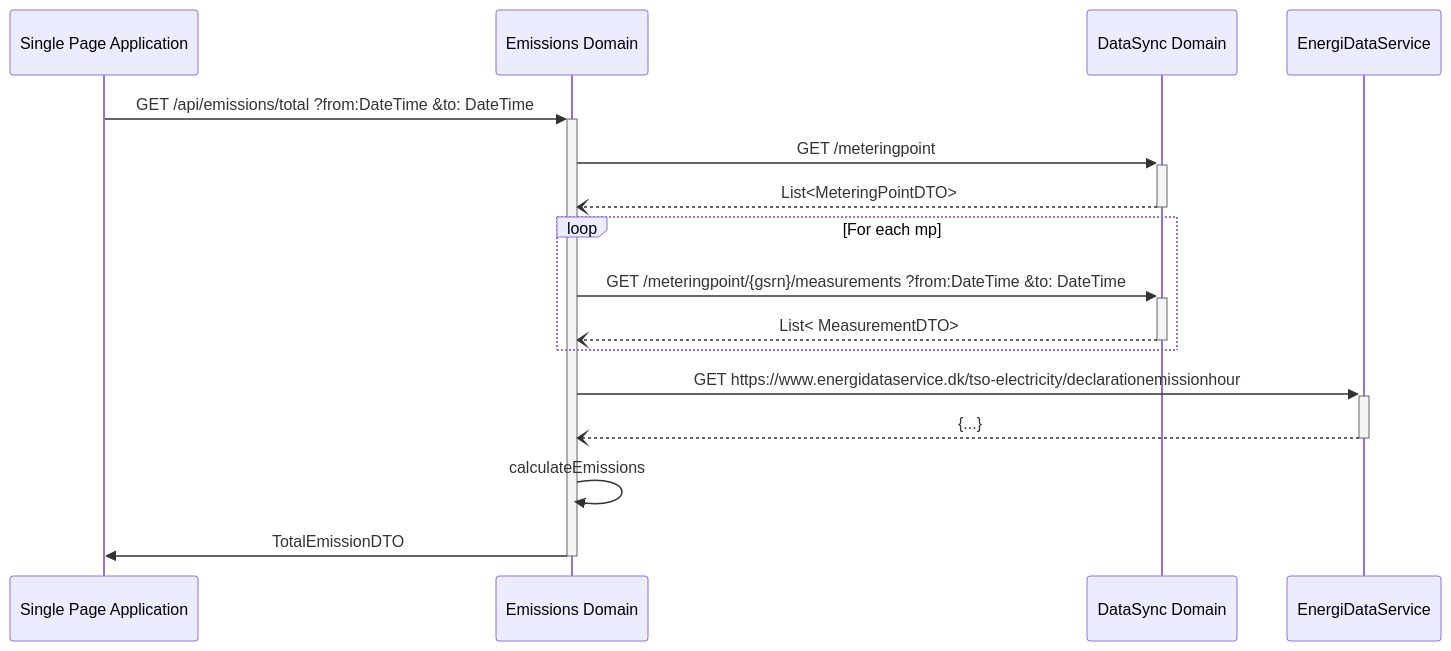
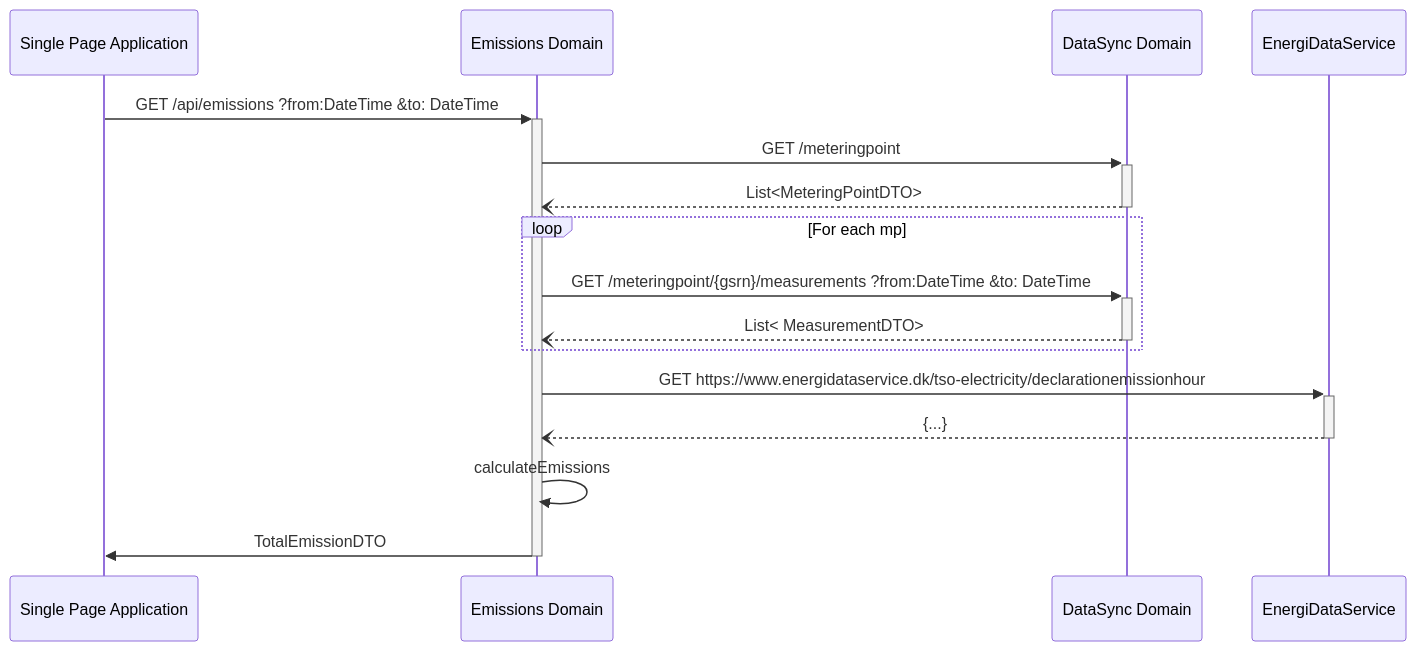
One commit to Energinet-DataHub/energy-origin changed the first of 2 diagrams in doc/api/emissions.md. Above: the diagram before and after it, drawn with Mermaid. The commit also changed other lines of this file and 1 other file, not shown here.

Commit message:
added get energysource

````diff
--- a/doc/api/emissions.md
+++ b/doc/api/emissions.md
@@ -43,25 +43,25 @@
 ```mermaid
 sequenceDiagram
     participant spa as Single Page Application
     participant em as Emissions Domain
     participant ds as DataSync Domain
     participant eds as EnergiDataService
 
-    spa->>+ em: GET /api/emissions/total  ?from:DateTime  &to: DateTime
+    spa->>+ em: GET /api/emissions  ?from:DateTime  &to: DateTime
     
     em->>+ ds: GET /meteringpoint
     ds--)- em: List<MeteringPointDTO>
     
     loop For each mp
       em ->>+ ds: GET /meteringpoint/{gsrn}/measurements  ?from:DateTime  &to: DateTime 
         
       ds --)- em: List< MeasurementDTO>
     end
     em->>+ eds: GET https://www.energidataservice.dk/tso-electricity/declarationemissionhour
     eds--)- em: {...}
 
     em->> em: calculateEmissions
 
     em->>- spa: TotalEmissionDTO
 
 ```
````
